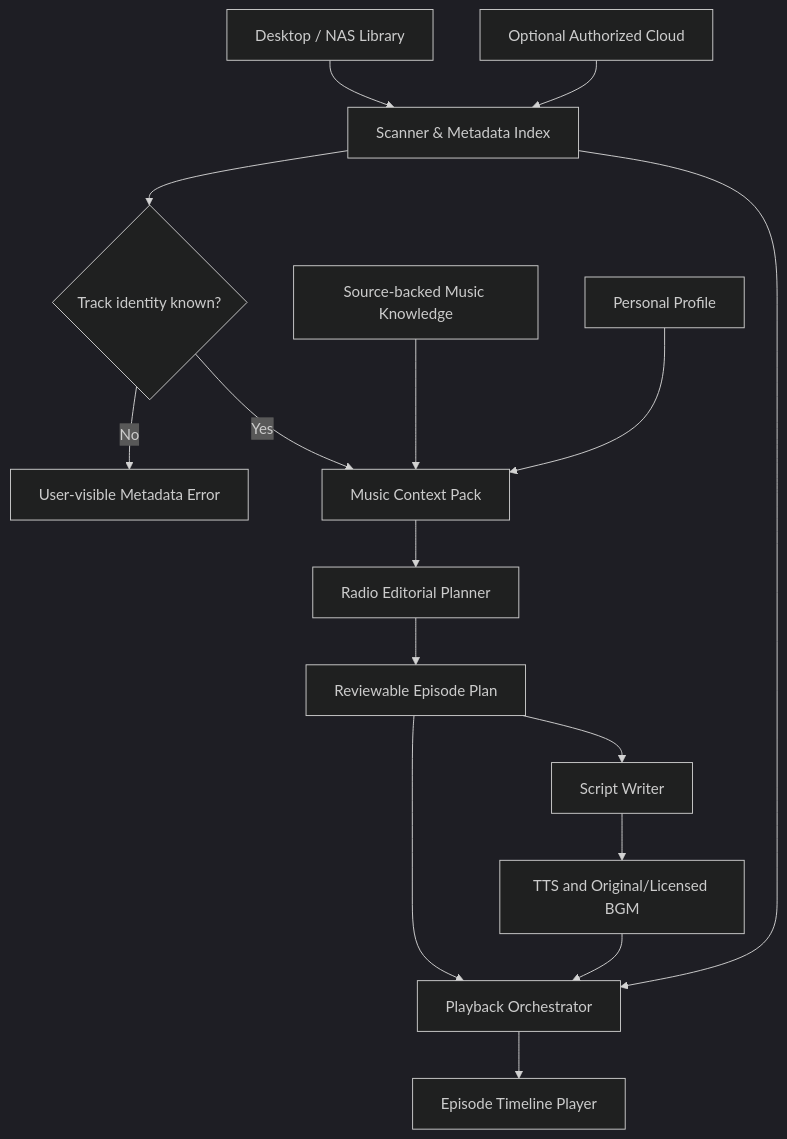
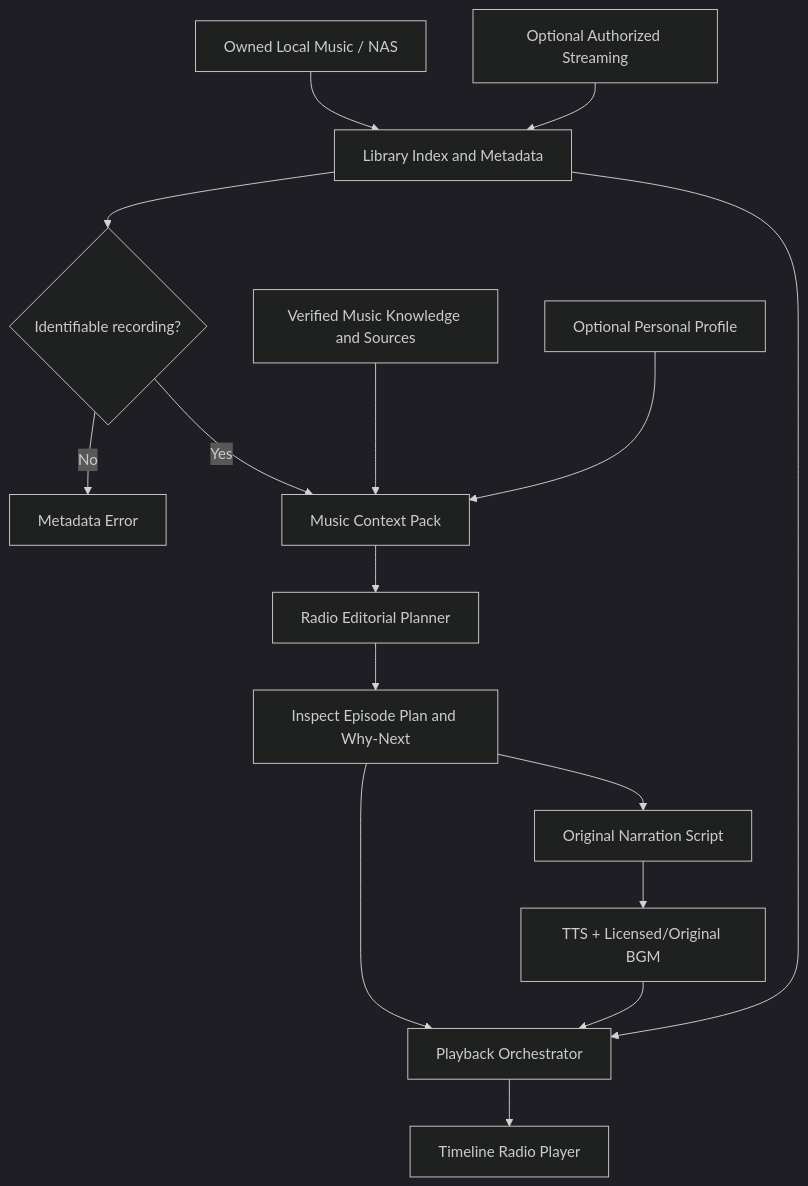
The diagram in docs/04-conceptual-architecture.md (JohnnyBGoodeLithium/AI-Music-Radio), drawn with Mermaid (dark theme) before and after one commit. The commit also changed other lines of this file, not shown here.

Commit message:
docs: update docs/04-conceptual-architecture.md for My Back Pages and bilingual docs

````diff
--- a/docs/04-conceptual-architecture.md
+++ b/docs/04-conceptual-architecture.md
@@ -5,18 +7,18 @@
 ```mermaid
 flowchart TD
-    A[Desktop / NAS Library] --> B[Scanner & Metadata Index]
-    C[Optional Authorized Cloud] --> B
-    B --> D{Track identity known?}
-    D -->|No| X[User-visible Metadata Error]
-    D -->|Yes| E[Music Context Pack]
-    F[Source-backed Music Knowledge] --> E
-    G[Personal Profile] --> E
-    E --> H[Radio Editorial Planner]
-    H --> I[Reviewable Episode Plan]
-    I --> J[Script Writer]
-    J --> K[TTS and Original/Licensed BGM]
-    I --> L[Playback Orchestrator]
-    K --> L
-    B --> L
-    L --> M[Episode Timeline Player]
+  A[Owned Local Music / NAS] --> B[Library Index and Metadata]
+  C[Optional Authorized Streaming] --> B
+  B --> D{Identifiable recording?}
+  D -->|No| X[Metadata Error]
+  D -->|Yes| E[Music Context Pack]
+  F[Verified Music Knowledge and Sources] --> E
+  G[Optional Personal Profile] --> E
+  E --> H[Radio Editorial Planner]
+  H --> I[Inspect Episode Plan and Why-Next]
+  I --> J[Original Narration Script]
+  J --> K[TTS + Licensed/Original BGM]
+  I --> L[Playback Orchestrator]
+  K --> L
+  B --> L
+  L --> M[Timeline Radio Player]
 ```
````
